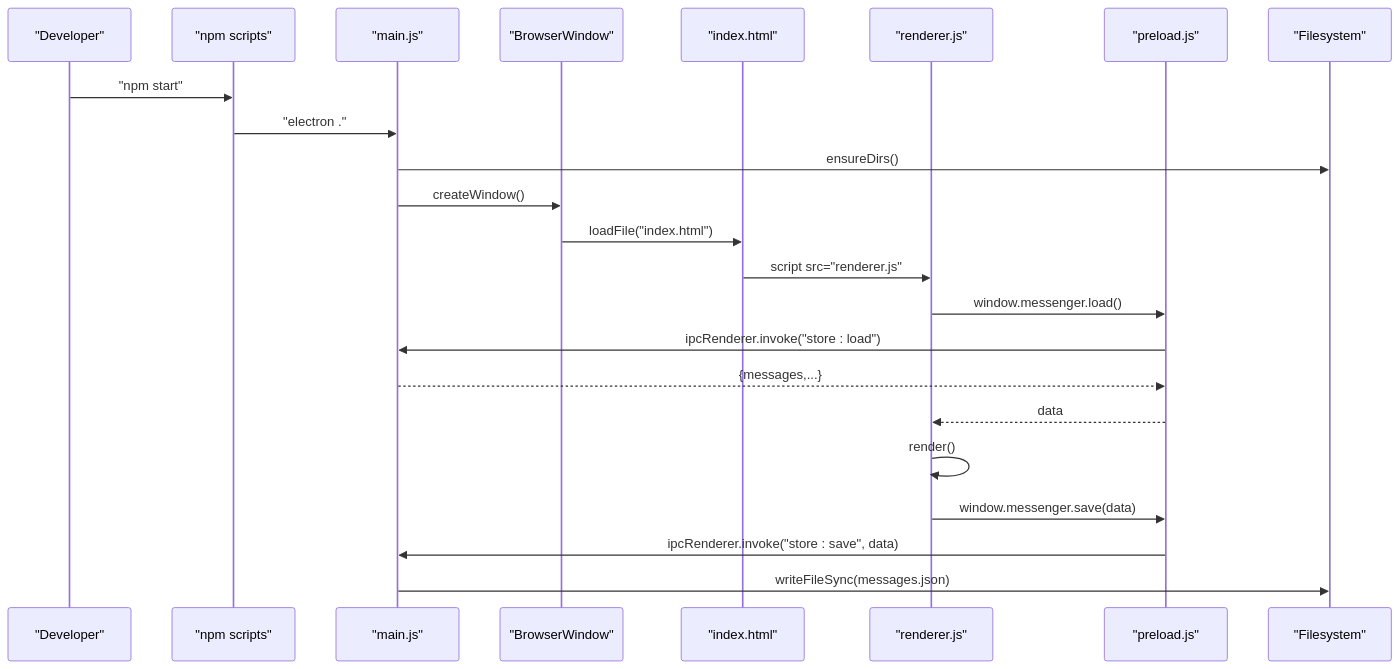
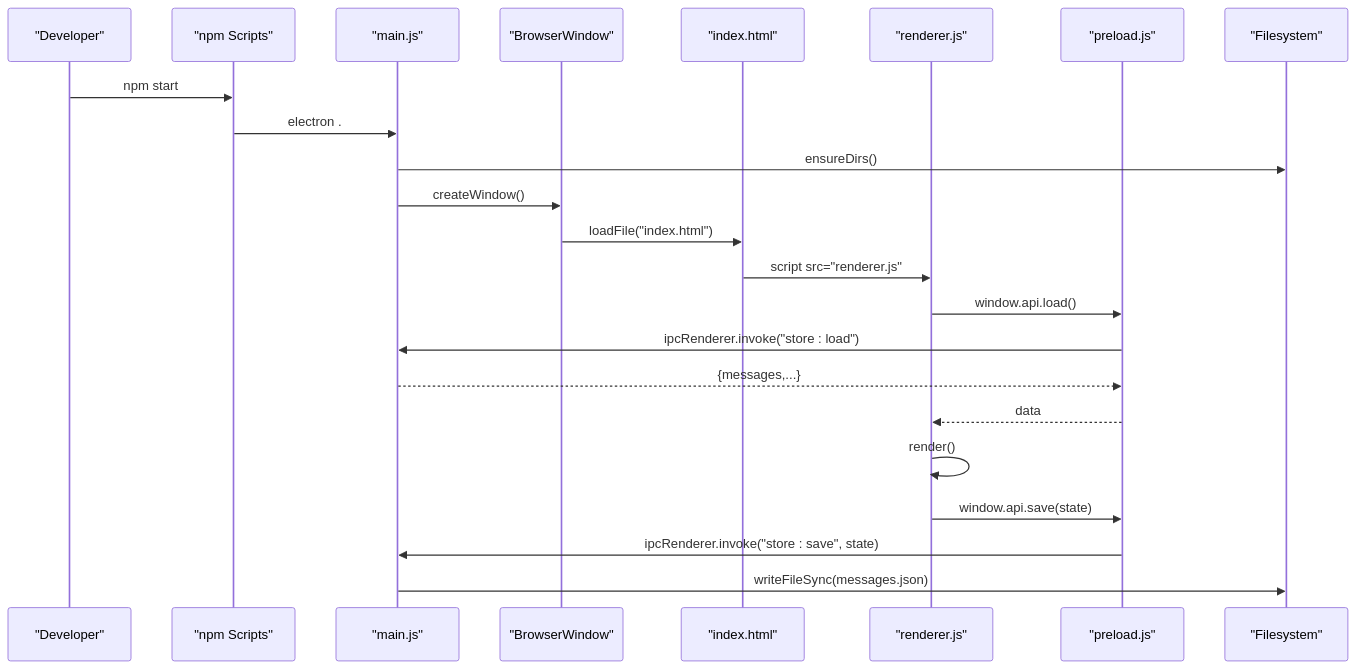
Before and after one commit to Annguyen0410/Personal-Messenger-Like-Storage-: the second of 3 diagrams in .qoder/repowiki/en/content/Development Guide.md, drawn with Mermaid. The commit also changed other lines of this file and 19 other files, not shown here.

````diff
--- a/.qoder/repowiki/en/content/Development Guide.md
+++ b/.qoder/repowiki/en/content/Development Guide.md
@@ -126,25 +191,25 @@
 ```mermaid
 sequenceDiagram
 participant Dev as "Developer"
-participant NPM as "npm scripts"
+participant NPM as "npm Scripts"
 participant Main as "main.js"
 participant Win as "BrowserWindow"
 participant HTML as "index.html"
 participant Render as "renderer.js"
 participant Preload as "preload.js"
 participant FS as "Filesystem"
-Dev->>NPM : "npm start"
-NPM->>Main : "electron ."
+Dev->>NPM : npm start
+NPM->>Main : electron .
 Main->>FS : ensureDirs()
 Main->>Win : createWindow()
 Win->>HTML : loadFile("index.html")
 HTML->>Render : script src="renderer.js"
-Render->>Preload : window.messenger.load()
+Render->>Preload : window.api.load()
 Preload->>Main : ipcRenderer.invoke("store : load")
 Main-->>Preload : {messages,...}
 Preload-->>Render : data
 Render->>Render : render()
-Render->>Preload : window.messenger.save(data)
-Preload->>Main : ipcRenderer.invoke("store : save", data)
+Render->>Preload : window.api.save(state)
+Preload->>Main : ipcRenderer.invoke("store : save", state)
 Main->>FS : writeFileSync(messages.json)
 ```
````
